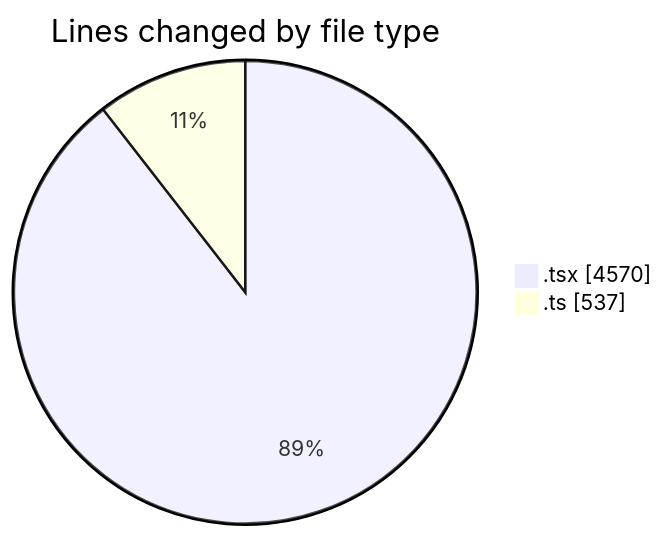
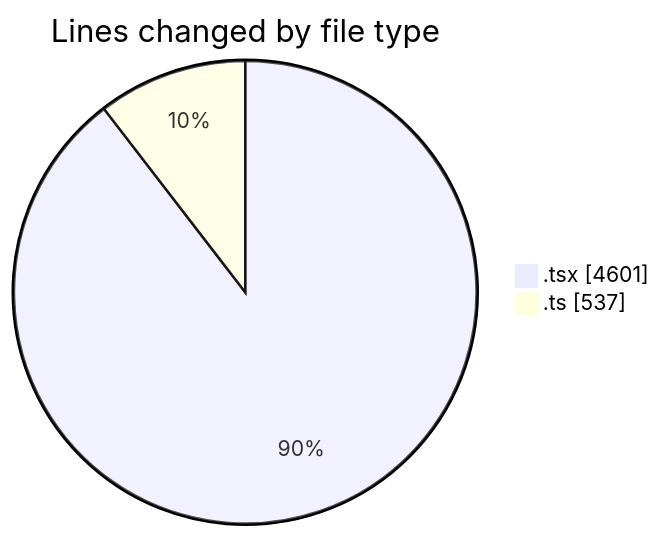
Before and after one commit to nxtqubesakshisongat/code-tracking: the first of 2 diagrams in 2026-03-10/nxtqube_webapp/README.md, drawn with Mermaid. The commit also changed other lines of this file and 1 other file, not shown here.

````diff
--- a/2026-03-10/nxtqube_webapp/README.md
+++ b/2026-03-10/nxtqube_webapp/README.md
@@ -29,6 +29,6 @@
 ```mermaid
 pie showData
 title Lines changed by file type
-".tsx" : 4570
+".tsx" : 4601
 ".ts" : 537
 ```
````
